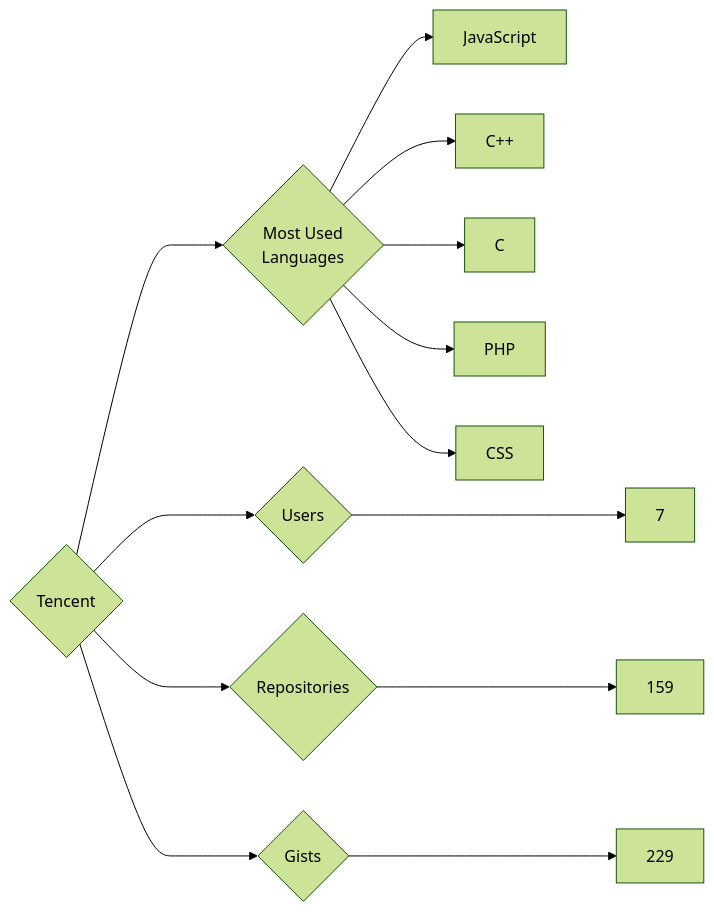
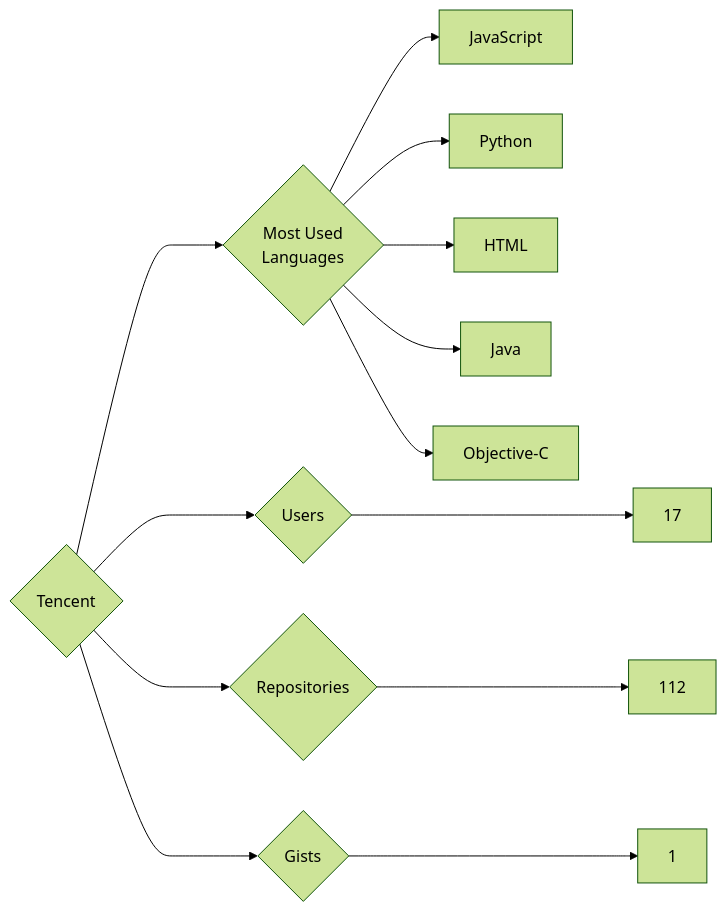
One commit to trickest/insiders changed the diagram in targets/Tencent/README.md. Above: the diagram before and after it, drawn with Mermaid (forest theme). The commit also changed 765 other files, not shown here.

````diff
--- a/targets/Tencent/README.md
+++ b/targets/Tencent/README.md
@@ -3,13 +3,13 @@
 ```mermaid
 graph LR
 COMPANY_NAME{Tencent}
-COMPANY_NAME ---> U{Users} ---> UN[7]
-COMPANY_NAME ---> R{Repositories} ---> RN[159]
-COMPANY_NAME ---> G{Gists} ---> GN[229]
+COMPANY_NAME ---> U{Users} ---> UN[17]
+COMPANY_NAME ---> R{Repositories} ---> RN[112]
+COMPANY_NAME ---> G{Gists} ---> GN[1]
 COMPANY_NAME ---> ML{Most Used<br>Languages}
 ML --> JavaScript[JavaScript]
-ML --> C++[C++]
-ML --> C[C]
-ML --> PHP[PHP]
-ML --> CSS[CSS]
+ML --> Python[Python]
+ML --> HTML[HTML]
+ML --> Java[Java]
+ML --> Objective-C[Objective-C]
 ```
````
